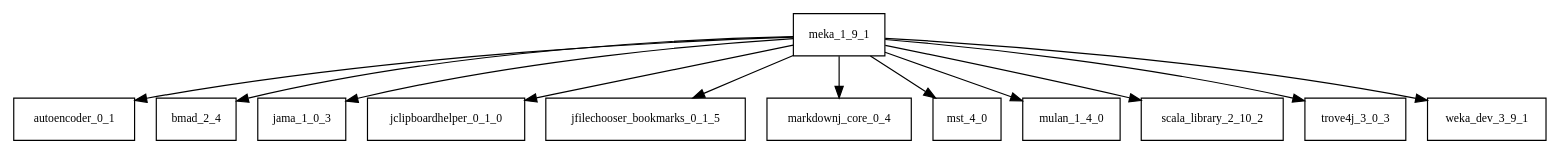
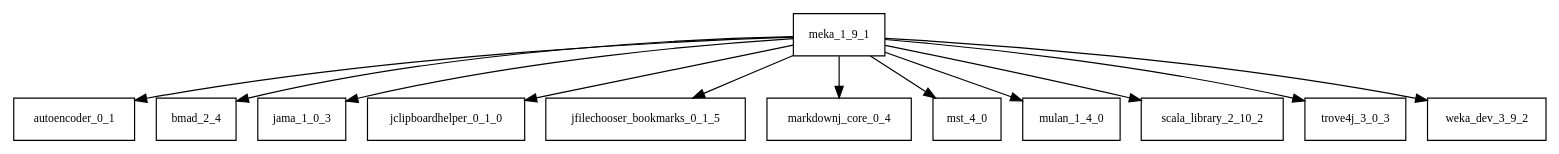
The diagram in tattleTaleReport/graphviz/meka-1.9.1.jar/meka-1.9.1.jar.dot (AglaianWoman/cia), drawn with Graphviz before and after one commit. The commit also changed 2727 other files, not shown here.

```diff
--- a/tattleTaleReport/graphviz/meka-1.9.1.jar/meka-1.9.1.jar.dot
+++ b/tattleTaleReport/graphviz/meka-1.9.1.jar/meka-1.9.1.jar.dot
@@ -1,14 +1,14 @@
 digraph meka_1_9_1_dependencies {
   node [shape = box, fontsize=10.0];
   meka_1_9_1 -> autoencoder_0_1;
   meka_1_9_1 -> bmad_2_4;
   meka_1_9_1 -> jama_1_0_3;
   meka_1_9_1 -> jclipboardhelper_0_1_0;
   meka_1_9_1 -> jfilechooser_bookmarks_0_1_5;
   meka_1_9_1 -> markdownj_core_0_4;
   meka_1_9_1 -> mst_4_0;
   meka_1_9_1 -> mulan_1_4_0;
   meka_1_9_1 -> scala_library_2_10_2;
   meka_1_9_1 -> trove4j_3_0_3;
-  meka_1_9_1 -> weka_dev_3_9_1;
+  meka_1_9_1 -> weka_dev_3_9_2;
 }
```
